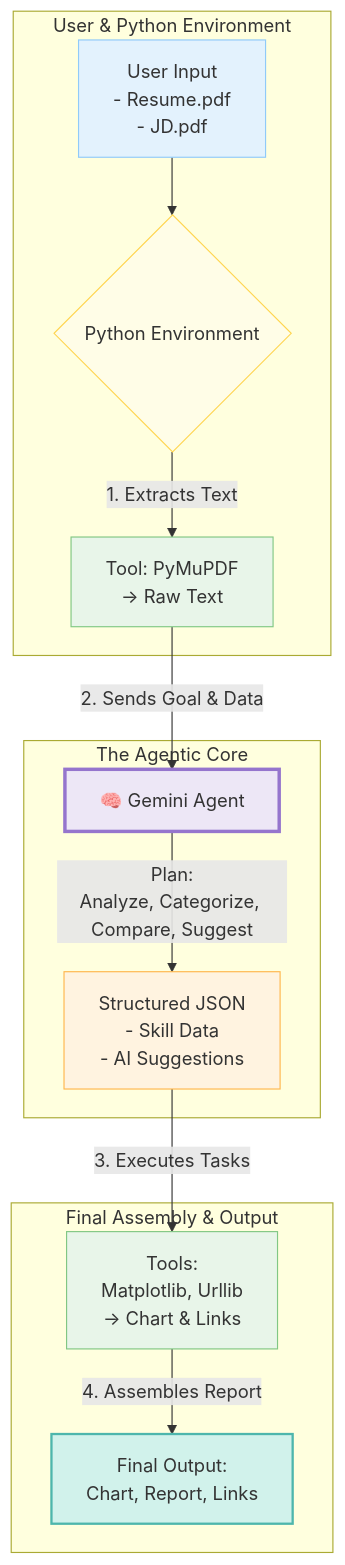
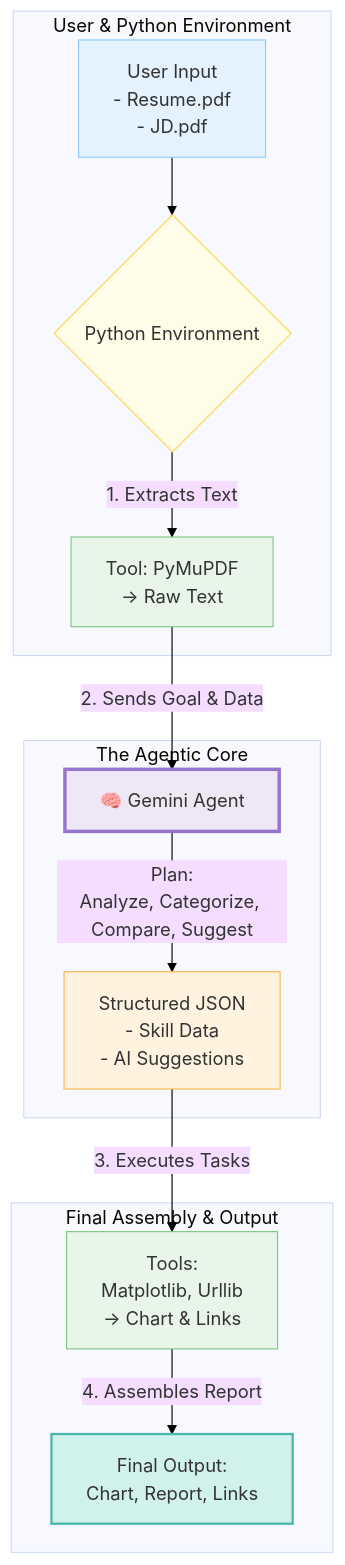
One commit to u-8d/ai-resume-analyser changed the diagram in README.md. Above: the diagram before and after it, drawn with Mermaid. The commit also changed other lines of this file, not shown here.

`````diff
--- a/README.md
+++ b/README.md
@@ -31,30 +31,26 @@
 ```mermaid
-flowchart TD
-    subgraph subGraph0["User & Python Environment"]
-        B{"Python Environment"}
-        A["User Input<br>- Resume.pdf<br>- JD.pdf"]
-        C["Tool: PyMuPDF<br>→ Raw Text"]
+%%{init: {'theme': 'base', 'themeVariables': { 'background': '#FFFFFF'}}}%%
+graph TD
+    subgraph "User & Python Environment"
+        A[User Input<br/>- Resume.pdf<br/>- JD.pdf] --> B{Python Environment}
+        B -->|1. Extracts Text| C[Tool: PyMuPDF<br/>→ Raw Text]
     end
-    subgraph subGraph1["The Agentic Core"]
-        D["🧠 Gemini Agent"]
-        E["Structured JSON<br>- Skill Data<br>- AI Suggestions"]
+
+    subgraph "The Agentic Core"
+        C -->|2. Sends Goal & Data| D[🧠 Gemini Agent]
+        D -->|Plan:<br/>Analyze, Categorize, Compare, Suggest| E[Structured JSON<br/>- Skill Data<br/>- AI Suggestions]
     end
-    subgraph subGraph2["Final Assembly & Output"]
-        F["Tools:<br>Matplotlib, Urllib<br>→ Chart & Links"]
-        G["Final Output:<br>Chart, Report, Links"]
+
+    subgraph "Final Assembly & Output"
+        E -->|3. Executes Tasks| F[Tools:<br/>Matplotlib, Urllib<br/>→ Chart & Links]
+        F -->|4. Assembles Report| G[Final Output:<br/>Chart, Report, Links]
     end
-    A --> B
-    B -- "1. Extracts Text" --> C
-    C -- "2. Sends Goal & Data" --> D
-    D -- "Plan:<br>Analyze, Categorize, Compare, Suggest" --> E
-    E -- "3. Executes Tasks" --> F
-    F -- "4. Assembles Report" --> G
 
     style A fill:#E3F2FD,stroke:#90CAF9
     style B fill:#FFFDE7,stroke:#FFD54F
     style C fill:#E8F5E9,stroke:#81C784
     style D fill:#EDE7F6,stroke:#9575CD,stroke-width:3px
     style E fill:#FFF3E0,stroke:#FFB74D
     style F fill:#E8F5E9,stroke:#81C784
     style G fill:#D1F2EB,stroke:#4DB6AC,stroke-width:2px
 ````
`````
